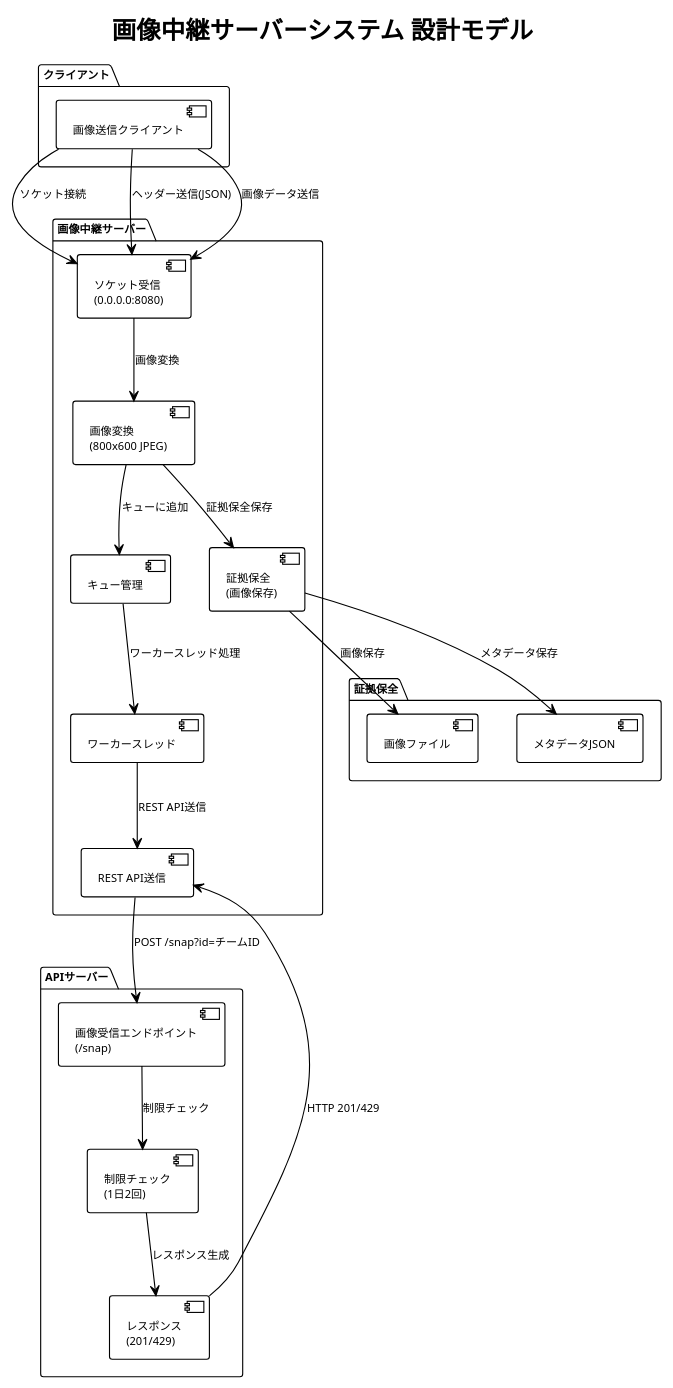
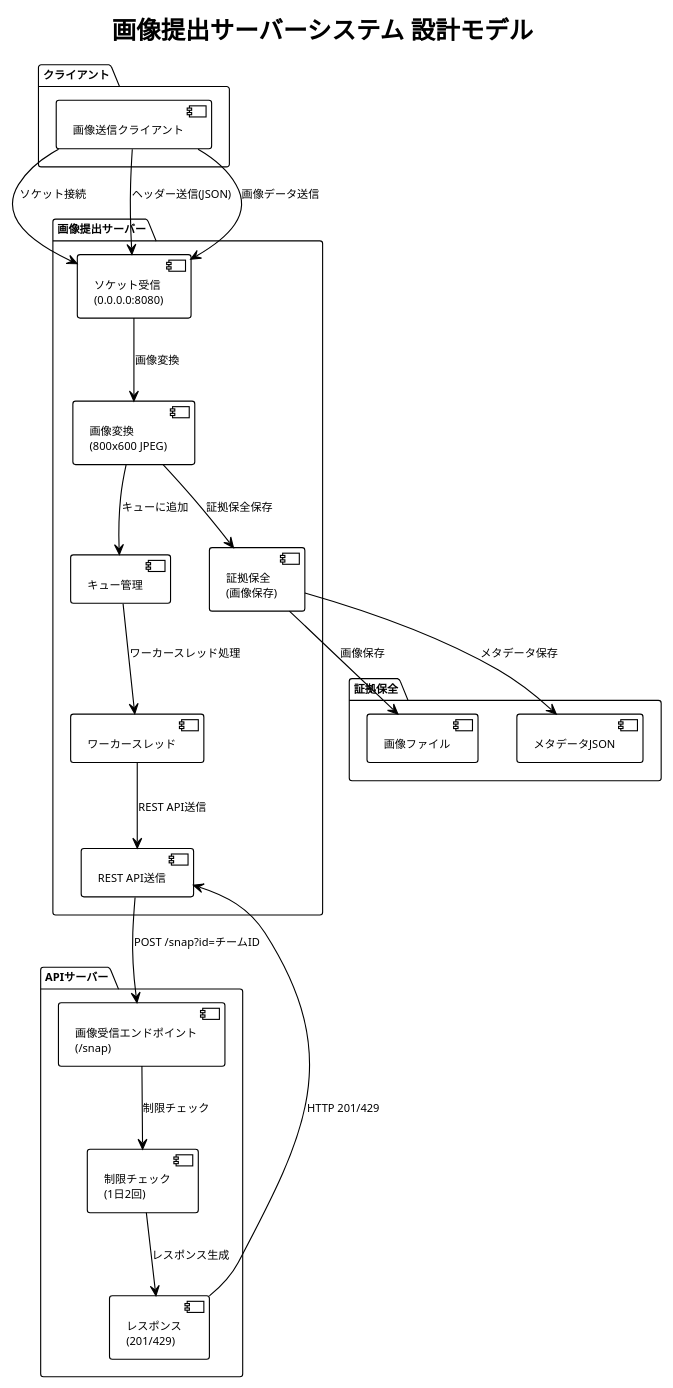
The first of 6 diagrams in recv_img/DESIGN.puml (mhikichi-nkhs-gmail/opencv_monitor), drawn with PlantUML before and after one commit. The commit also changed other lines of this file and 6 other files, not shown here.

Commit message:
システム名称を「画像中継サーバー」から「画像提出サーバー」に変更

```diff
--- a/recv_img/DESIGN.puml
+++ b/recv_img/DESIGN.puml
@@ -1,53 +1,53 @@
 @startuml 画像中継サーバーシステム設計
 
 !theme plain
 skinparam backgroundColor #FFFFFF
 skinparam defaultFontName "MS Gothic"
 skinparam defaultFontSize 10
 
-title 画像中継サーバーシステム 設計モデル
+title 画像提出サーバーシステム 設計モデル
 
 ' システム構成図
 package "クライアント" {
     [画像送信クライアント] as Client
 }
 
-package "画像中継サーバー" {
+package "画像提出サーバー" {
     [ソケット受信\n(0.0.0.0:8080)] as Socket
     [画像変換\n(800x600 JPEG)] as Convert
     [証拠保全\n(画像保存)] as Evidence
     [REST API送信] as API_Send
     [キュー管理] as Queue
     [ワーカースレッド] as Worker
 }
 
 package "APIサーバー" {
     [画像受信エンドポイント\n(/snap)] as API_Receive
     [制限チェック\n(1日2回)] as Limit
     [レスポンス\n(201/429)] as Response
 }
 
 package "証拠保全" {
     [画像ファイル] as ImageFile
     [メタデータJSON] as Metadata
 }
 
 Client --> Socket : ソケット接続
 Client --> Socket : ヘッダー送信(JSON)
 Client --> Socket : 画像データ送信
 
 Socket --> Convert : 画像変換
 Convert --> Evidence : 証拠保全保存
 Evidence --> ImageFile : 画像保存
 Evidence --> Metadata : メタデータ保存
 
 Convert --> Queue : キューに追加
 Queue --> Worker : ワーカースレッド処理
 Worker --> API_Send : REST API送信
 
 API_Send --> API_Receive : POST /snap?id=チームID
 API_Receive --> Limit : 制限チェック
 Limit --> Response : レスポンス生成
 Response --> API_Send : HTTP 201/429
 
 @enduml
```
